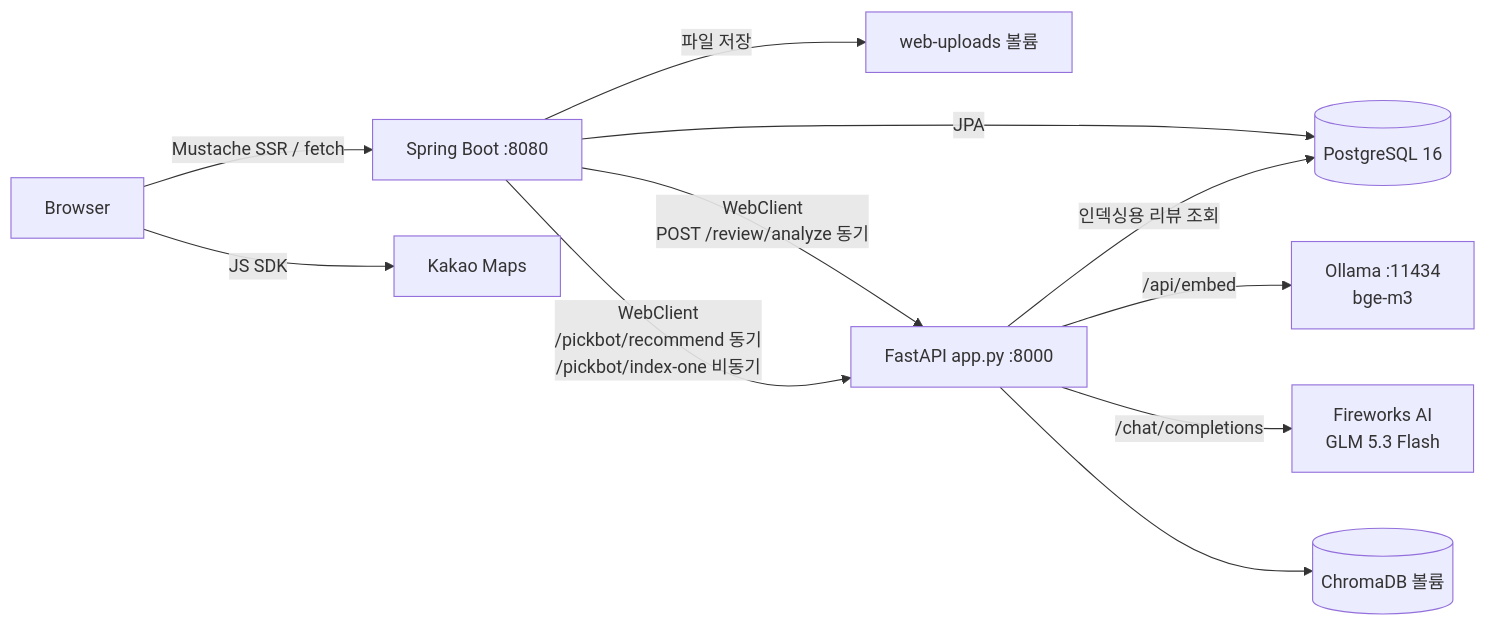
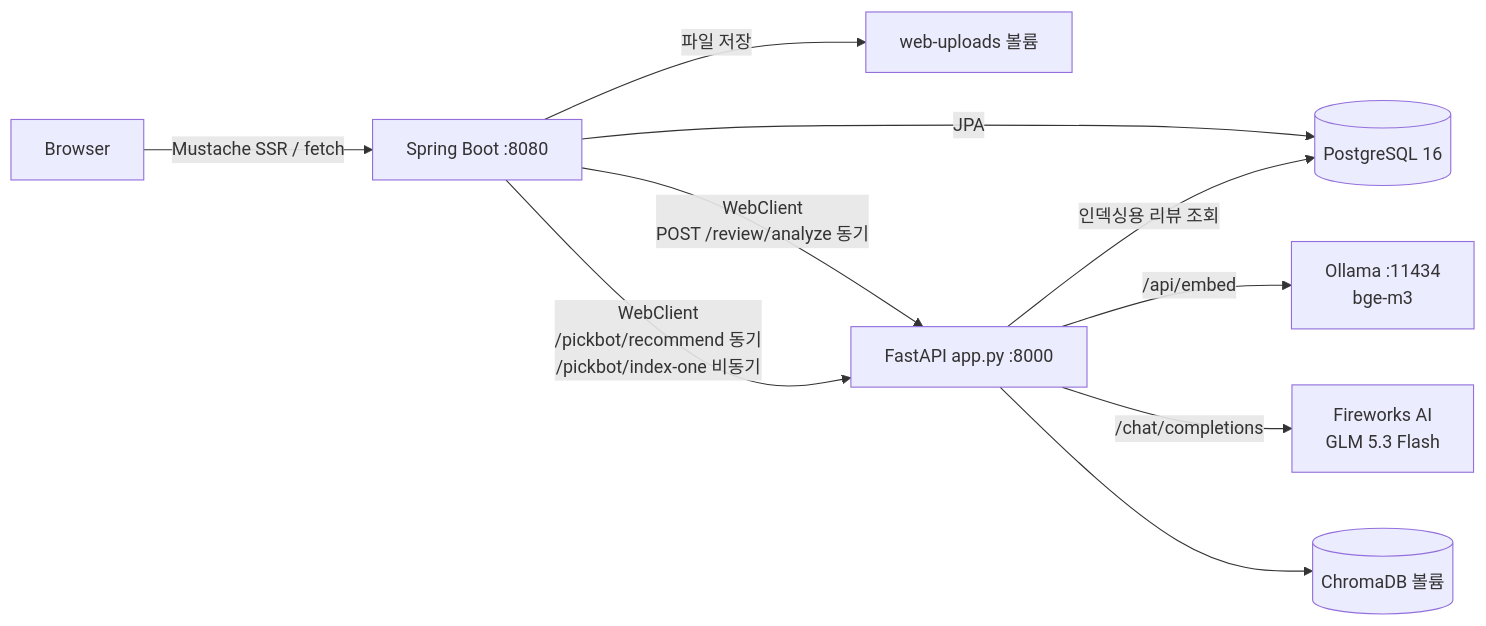
The first of 2 diagrams in ARCHITECTURE.md (HsH1121/MyPickCafe), drawn with Mermaid before and after one commit. The commit also changed other lines of this file and 1 other file, not shown here.

````diff
--- a/ARCHITECTURE.md
+++ b/ARCHITECTURE.md
@@ -258,13 +255,12 @@
 ```mermaid
 flowchart LR
     B[Browser] -->|Mustache SSR / fetch| S[Spring Boot :8080]
-    B -->|JS SDK| K[Kakao Maps]
     S -->|JPA| P[(PostgreSQL 16)]
     S -->|파일 저장| U[web-uploads 볼륨]
     S -->|WebClient<br/>POST /review/analyze 동기| F[FastAPI app.py :8000]
     S -->|WebClient<br/>/pickbot/recommend 동기<br/>/pickbot/index-one 비동기| F
     F -->|/api/embed| O[Ollama :11434<br/>bge-m3]
     F -->|/chat/completions| L[Fireworks AI<br/>GLM 5.3 Flash]
     F -->|인덱싱용 리뷰 조회| P
     F --> C[(ChromaDB 볼륨)]
 ```
````
